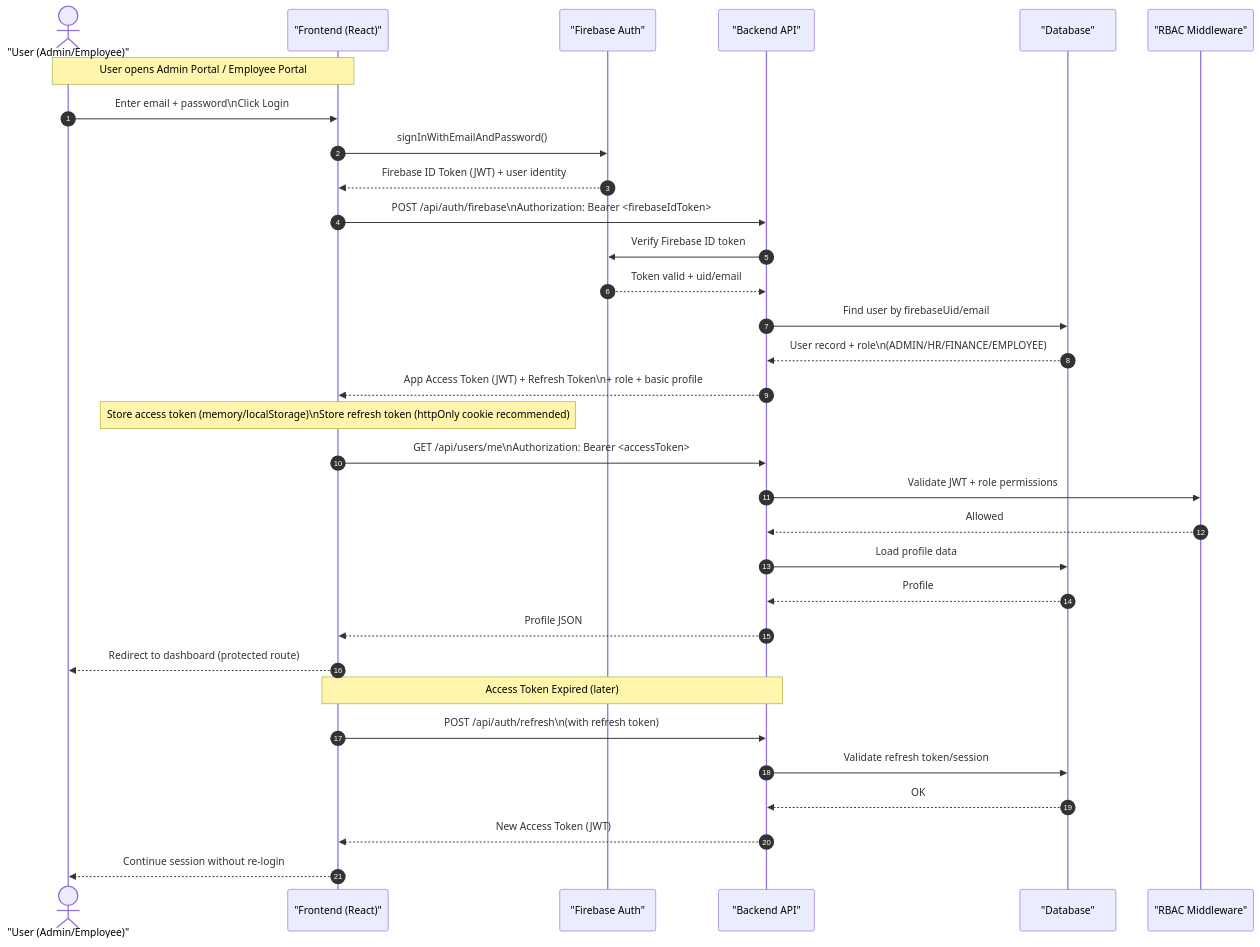
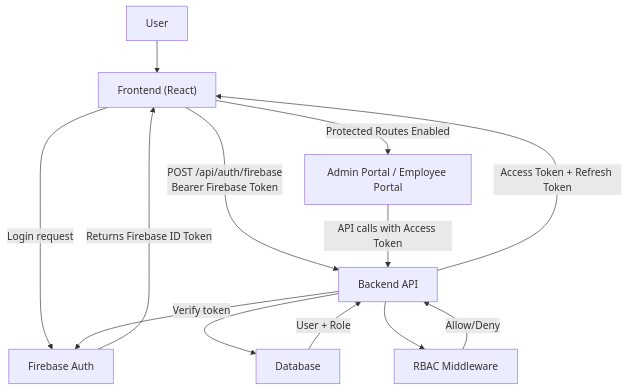
Before and after one commit to MRINALPRAKASHFSD/MINI_PROJECT_PARADIGM_SHIFT: the second of 5 diagrams in README.md, drawn with Mermaid. The commit also changed other lines of this file, not shown here.

Commit message:
Update authentication flow diagram to flowchart format

````diff
--- a/README.md
+++ b/README.md
@@ -186,42 +186,18 @@
 ```mermaid
-sequenceDiagram
-  autonumber
-  actor U as "User (Admin/Employee)"
-  participant FE as "Frontend (React)"
-  participant FB as "Firebase Auth"
-  participant API as "Backend API"
-  participant DB as "Database"
-  participant RBAC as "RBAC Middleware"
+flowchart TB
+  U["User"] --> FE["Frontend (React)"]
+  FE -->|Login request| FB["Firebase Auth"]
+  FB -->|Returns Firebase ID Token| FE
+  FE -->|POST /api/auth/firebase\nBearer Firebase Token| API["Backend API"]
 
-  Note over U,FE: User opens Admin Portal / Employee Portal
+  API -->|Verify token| FB
+  API --> DB["Database"]
+  DB -->|User + Role| API
 
-  U->>FE: Enter email + password\nClick Login
-  FE->>FB: signInWithEmailAndPassword()
-  FB-->>FE: Firebase ID Token (JWT) + user identity
-  FE->>API: POST /api/auth/firebase\nAuthorization: Bearer <firebaseIdToken>
+  API -->|Access Token + Refresh Token| FE
+  FE -->|Protected Routes Enabled| APP["Admin Portal / Employee Portal"]
 
-  API->>FB: Verify Firebase ID token
-  FB-->>API: Token valid + uid/email
-
-  API->>DB: Find user by firebaseUid/email
-  DB-->>API: User record + role\n(ADMIN/HR/FINANCE/EMPLOYEE)
-
-  API-->>FE: App Access Token (JWT) + Refresh Token\n+ role + basic profile
-
-  Note over FE: Store access token (memory/localStorage)\nStore refresh token (httpOnly cookie recommended)
-
-  FE->>API: GET /api/users/me\nAuthorization: Bearer <accessToken>
-  API->>RBAC: Validate JWT + role permissions
-  RBAC-->>API: Allowed
-  API->>DB: Load profile data
-  DB-->>API: Profile
-  API-->>FE: Profile JSON
-  FE-->>U: Redirect to dashboard (protected route)
-
-  Note over FE,API: Access Token Expired (later)
-  FE->>API: POST /api/auth/refresh\n(with refresh token)
-  API->>DB: Validate refresh token/session
-  DB-->>API: OK
-  API-->>FE: New Access Token (JWT)
-  FE-->>U: Continue session without re-login
+  APP -->|API calls with Access Token| API
+  API --> RBAC["RBAC Middleware"]
+  RBAC -->|Allow/Deny| API
 ```
````
